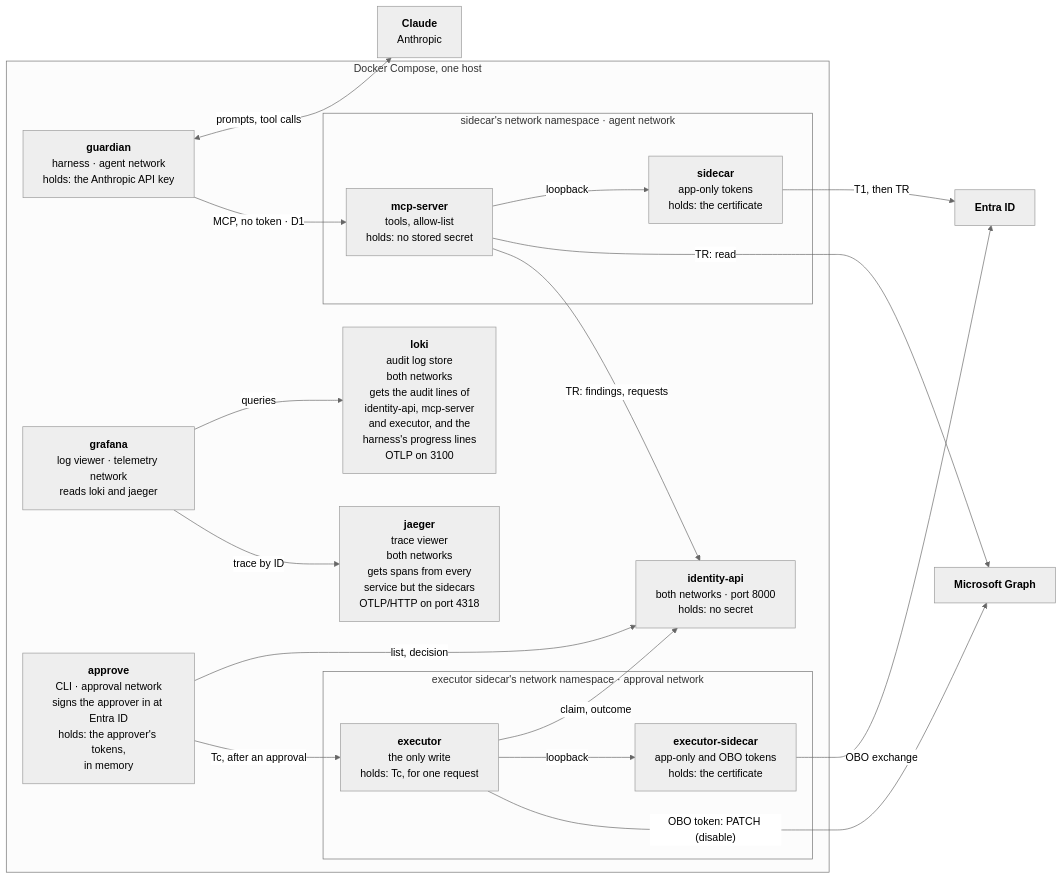
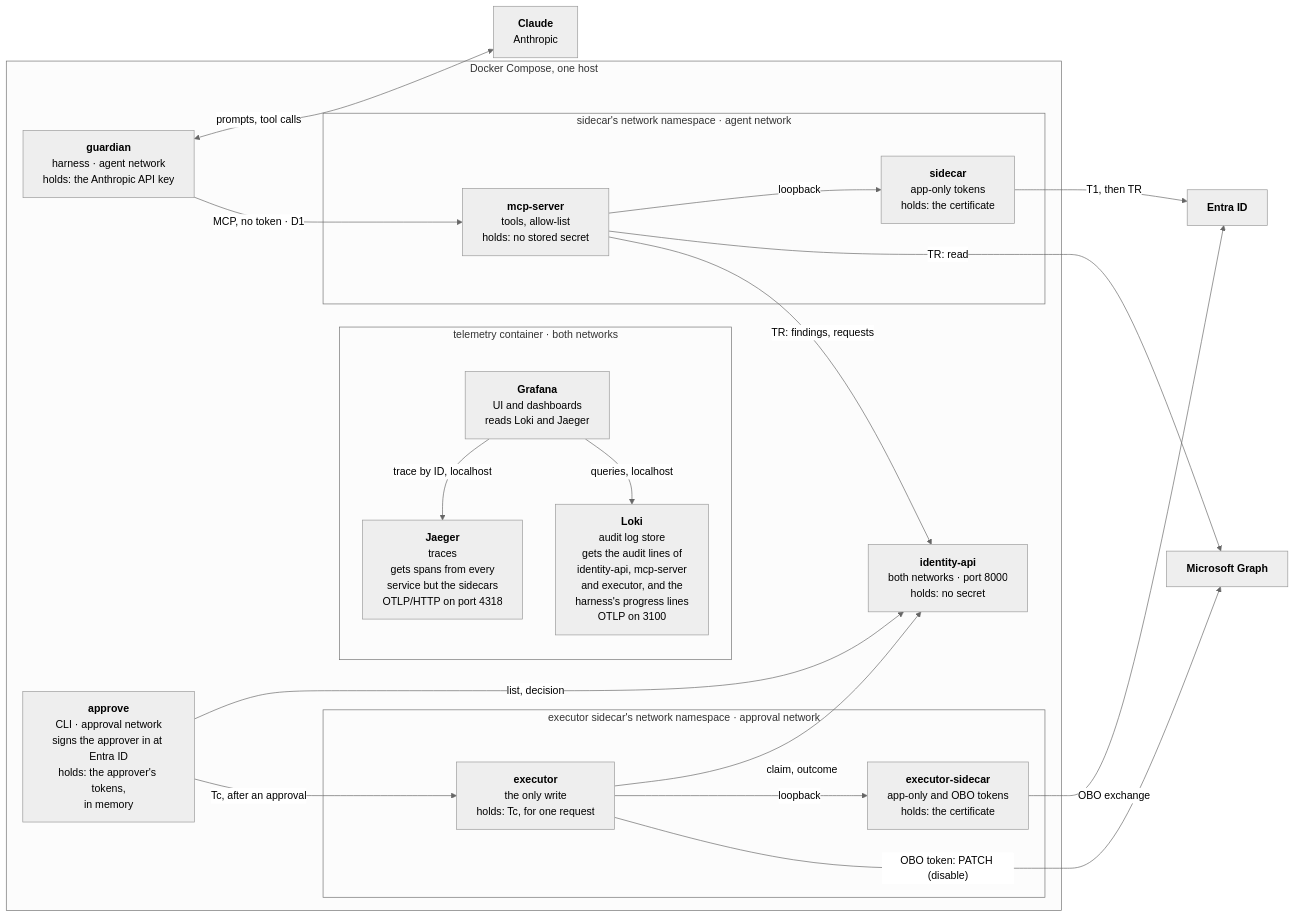
The second of 6 diagrams in docs/agent-steward-architecture.md (alireza-mpr/agent-steward), drawn with Mermaid (neutral theme) before and after one commit. The commit also changed other lines of this file and 7 other files, not shown here.

First line of the commit message:
feat(telemetry): Jaeger, Loki and Grafana in one telemetry container

````diff
--- a/docs/agent-steward-architecture.md
+++ b/docs/agent-steward-architecture.md
@@ -102,42 +102,44 @@
 ```mermaid
 %%{init: {"flowchart": {"subGraphTitleMargin": {"top": 0, "bottom": 30}}}}%%
 flowchart LR
     MODEL["<b>Claude</b><br/>Anthropic"]
     ENTRA["<b>Entra ID</b>"]
     GRAPH["<b>Microsoft Graph</b>"]
     subgraph HOST["Docker Compose, one host"]
         HARNESS["<b>guardian</b><br/>harness · agent network<br/>holds: the Anthropic API key"]
         subgraph NS["sidecar's network namespace · agent network"]
             MCP["<b>mcp-server</b><br/>tools, allow-list<br/>holds: no stored secret"]
             SIDECAR["<b>sidecar</b><br/>app-only tokens<br/>holds: the certificate"]
         end
-        JAEGER["<b>jaeger</b><br/>trace viewer<br/>both networks<br/>gets spans from every<br/>service but the sidecars<br/>OTLP/HTTP on port 4318"]
-        LOKI["<b>loki</b><br/>audit log store<br/>both networks<br/>gets the audit lines of<br/>identity-api, mcp-server<br/>and executor, and the<br/>harness's progress lines<br/>OTLP on 3100"]
-        GRAFANA["<b>grafana</b><br/>log viewer · telemetry network<br/>reads loki and jaeger"]
+        subgraph TEL["telemetry container · both networks"]
+            JAEGER["<b>Jaeger</b><br/>traces<br/>gets spans from every<br/>service but the sidecars<br/>OTLP/HTTP on port 4318"]
+            LOKI["<b>Loki</b><br/>audit log store<br/>gets the audit lines of<br/>identity-api, mcp-server<br/>and executor, and the<br/>harness's progress lines<br/>OTLP on 3100"]
+            GRAFANA["<b>Grafana</b><br/>UI and dashboards<br/>reads Loki and Jaeger"]
+        end
         API["<b>identity-api</b><br/>both networks · port 8000<br/>holds: no secret"]
         APPROVE["<b>approve</b><br/>CLI · approval network<br/>signs the approver in at Entra ID<br/>holds: the approver's tokens,<br/>in memory"]
         subgraph NSX["executor sidecar's network namespace · approval network"]
             EXEC["<b>executor</b><br/>the only write<br/>holds: Tc, for one request"]
             XSIDECAR["<b>executor-sidecar</b><br/>app-only and OBO tokens<br/>holds: the certificate"]
         end
     end
 
     HARNESS <-->|"prompts, tool calls"| MODEL
     HARNESS -->|"MCP, no token · D1"| MCP
     MCP -->|"loopback"| SIDECAR
     SIDECAR -->|"T1, then TR"| ENTRA
     MCP -->|"TR: read"| GRAPH
     MCP -->|"TR: findings, requests"| API
     APPROVE -->|"list, decision"| API
     APPROVE -->|"Tc, after an approval"| EXEC
     XSIDECAR -->|"OBO exchange"| ENTRA
     EXEC -->|"claim, outcome"| API
     EXEC -->|"loopback"| XSIDECAR
     EXEC -->|"OBO token: PATCH (disable)"| GRAPH
     %% invisible link: keeps Graph in the right column, next to Entra ID
     API ~~~ GRAPH
-    %% invisible link: keeps jaeger in the middle, clear of the other lines
-    JAEGER ~~~ API
-    GRAFANA -->|"queries"| LOKI
-    GRAFANA -->|"trace by ID"| JAEGER
+    %% invisible link: keeps the telemetry container in the middle, clear of the other lines
+    TEL ~~~ API
+    GRAFANA -->|"queries, localhost"| LOKI
+    GRAFANA -->|"trace by ID, localhost"| JAEGER
 ```
````
